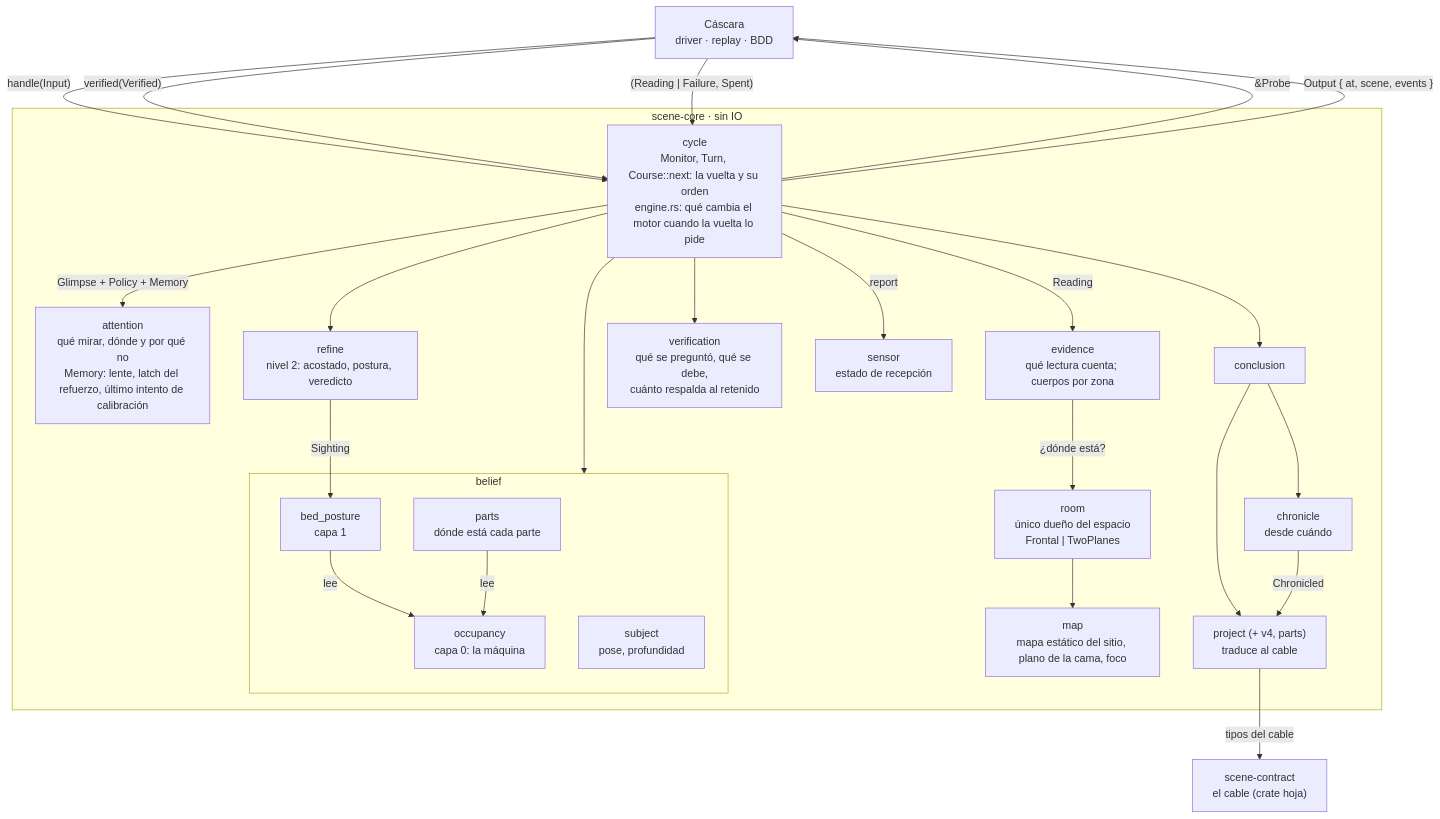
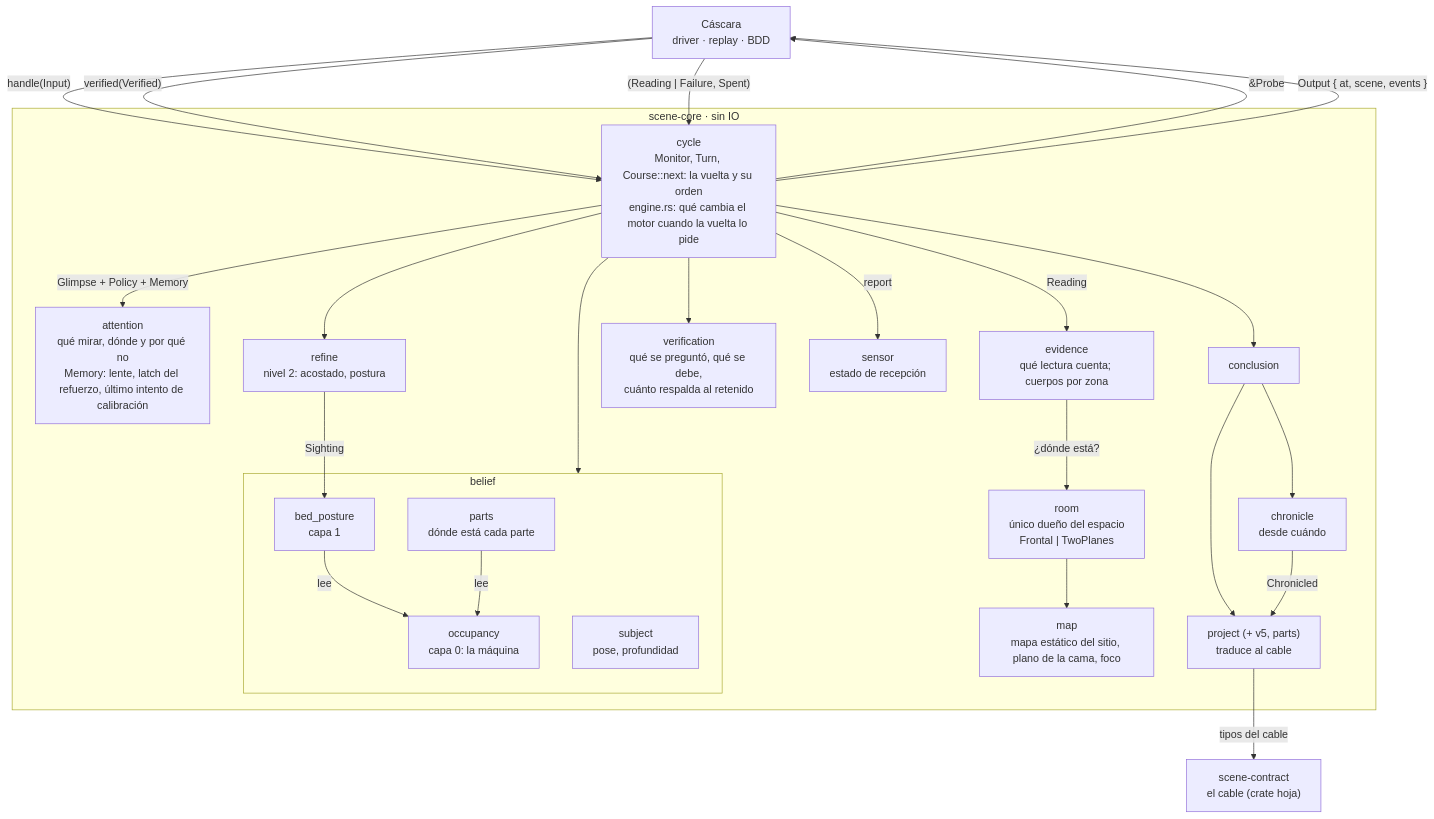
Before and after one commit to e7canasta/calipso-detector: the second of 9 diagrams in arquitectura-c4.md, drawn with Mermaid. The commit also changed other lines of this file and 7 other files, not shown here.

````diff
--- a/arquitectura-c4.md
+++ b/arquitectura-c4.md
@@ -89,48 +89,48 @@
 ```mermaid
 flowchart TB
     shell["Cáscara<br/>driver · replay · BDD"]
 
     subgraph core["scene-core · sin IO"]
         cycle["cycle<br/>Monitor, Turn, Course::next: la vuelta y su orden<br/>engine.rs: qué cambia el motor cuando la vuelta lo pide"]
         attention["attention<br/>qué mirar, dónde y por qué no<br/>Memory: lente, latch del refuerzo, último intento de calibración"]
         evidence["evidence<br/>qué lectura cuenta; cuerpos por zona"]
         room["room<br/>único dueño del espacio<br/>Frontal | TwoPlanes"]
         mapm["map<br/>mapa estático del sitio, plano de la cama, foco"]
         subgraph belief["belief"]
             occ["occupancy<br/>capa 0: la máquina"]
             subj["subject<br/>pose, profundidad"]
             parts["parts<br/>dónde está cada parte"]
             bp["bed_posture<br/>capa 1"]
         end
-        refine["refine<br/>nivel 2: acostado, postura, veredicto"]
+        refine["refine<br/>nivel 2: acostado, postura"]
         verification["verification<br/>qué se preguntó, qué se debe,<br/>cuánto respalda al retenido"]
         sensor["sensor<br/>estado de recepción"]
         conclusion["conclusion"]
         chronicle["chronicle<br/>desde cuándo"]
-        project["project (+ v4, parts)<br/>traduce al cable"]
+        project["project (+ v5, parts)<br/>traduce al cable"]
     end
     contract["scene-contract<br/>el cable (crate hoja)"]
 
     shell -->|"handle(Input)"| cycle
     shell -->|"verified(Verified)"| cycle
     cycle -->|"&Probe"| shell
     shell -->|"(Reading | Failure, Spent)"| cycle
     cycle -->|"Output { at, scene, events }"| shell
 
     cycle -->|"Glimpse + Policy + Memory"| attention
     cycle -->|"Reading"| evidence
     evidence -->|"¿dónde está?"| room
     room --> mapm
     cycle --> belief
     bp -->|"lee"| occ
     parts -->|"lee"| occ
     cycle --> refine
     refine -->|"Sighting"| bp
     cycle --> verification
     cycle -->|"report"| sensor
     cycle --> conclusion
     conclusion --> chronicle
     conclusion --> project
     chronicle -->|"Chronicled"| project
     project -->|"tipos del cable"| contract
 ```
````
